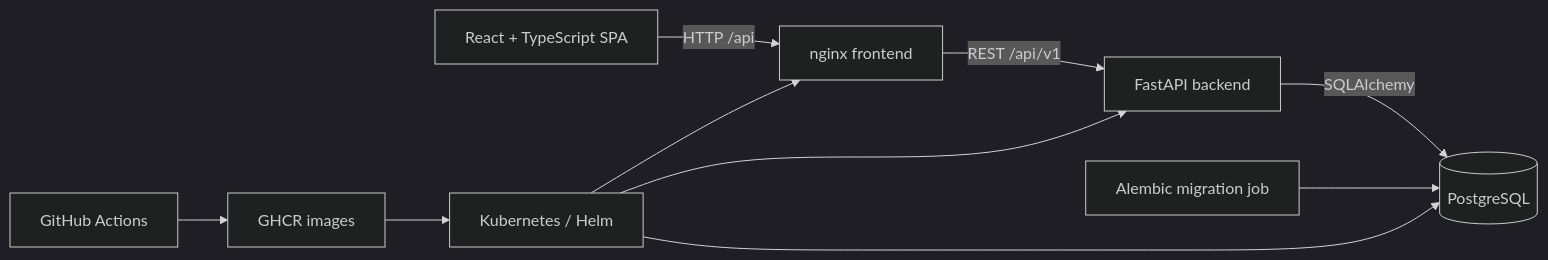
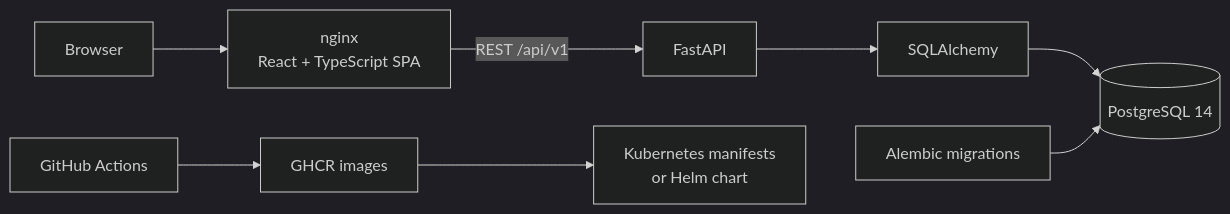
One commit to marpot/corporation_simulation_project changed the diagram in README.md. Above: the diagram before and after it, drawn with Mermaid (dark theme). The commit also changed other lines of this file and 16 other files, not shown here.

````diff
--- a/README.md
+++ b/README.md
@@ -22,12 +48,10 @@
 ```mermaid
 flowchart LR
-    Browser[React + TypeScript SPA] -->|HTTP /api| Web[nginx frontend]
-    Web -->|REST /api/v1| API[FastAPI backend]
-    API -->|SQLAlchemy| DB[(PostgreSQL)]
-    Migrations[Alembic migration job] --> DB
+    Browser[Browser] --> Web[nginx<br/>React + TypeScript SPA]
+    Web -->|REST /api/v1| API[FastAPI]
+    API --> ORM[SQLAlchemy]
+    ORM --> DB[(PostgreSQL 14)]
+    Migrations[Alembic migrations] --> DB
     CI[GitHub Actions] --> Images[GHCR images]
-    Images --> K8s[Kubernetes / Helm]
-    K8s --> Web
-    K8s --> API
-    K8s --> DB
+    Images --> Deploy[Kubernetes manifests<br/>or Helm chart]
 ```
````
